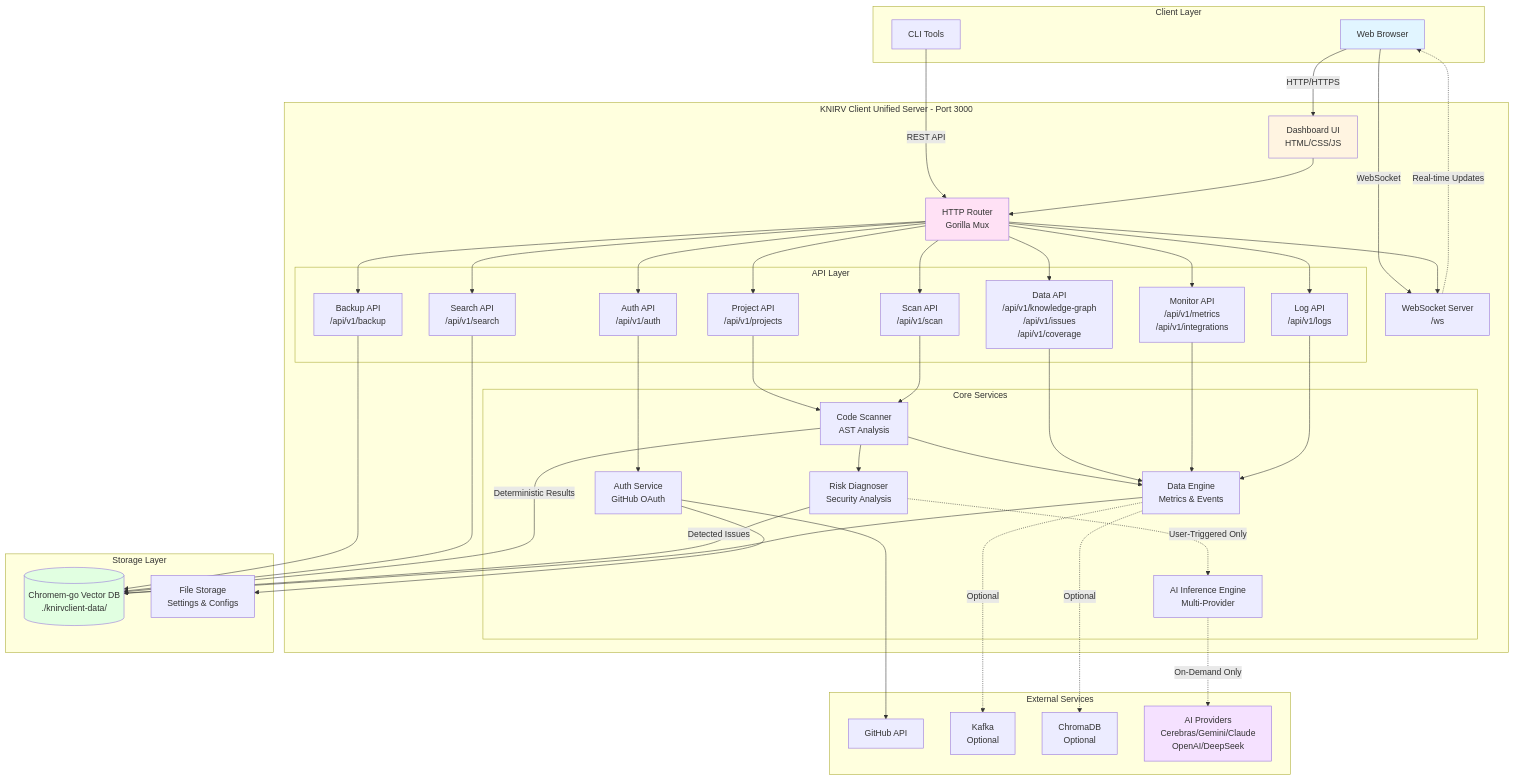
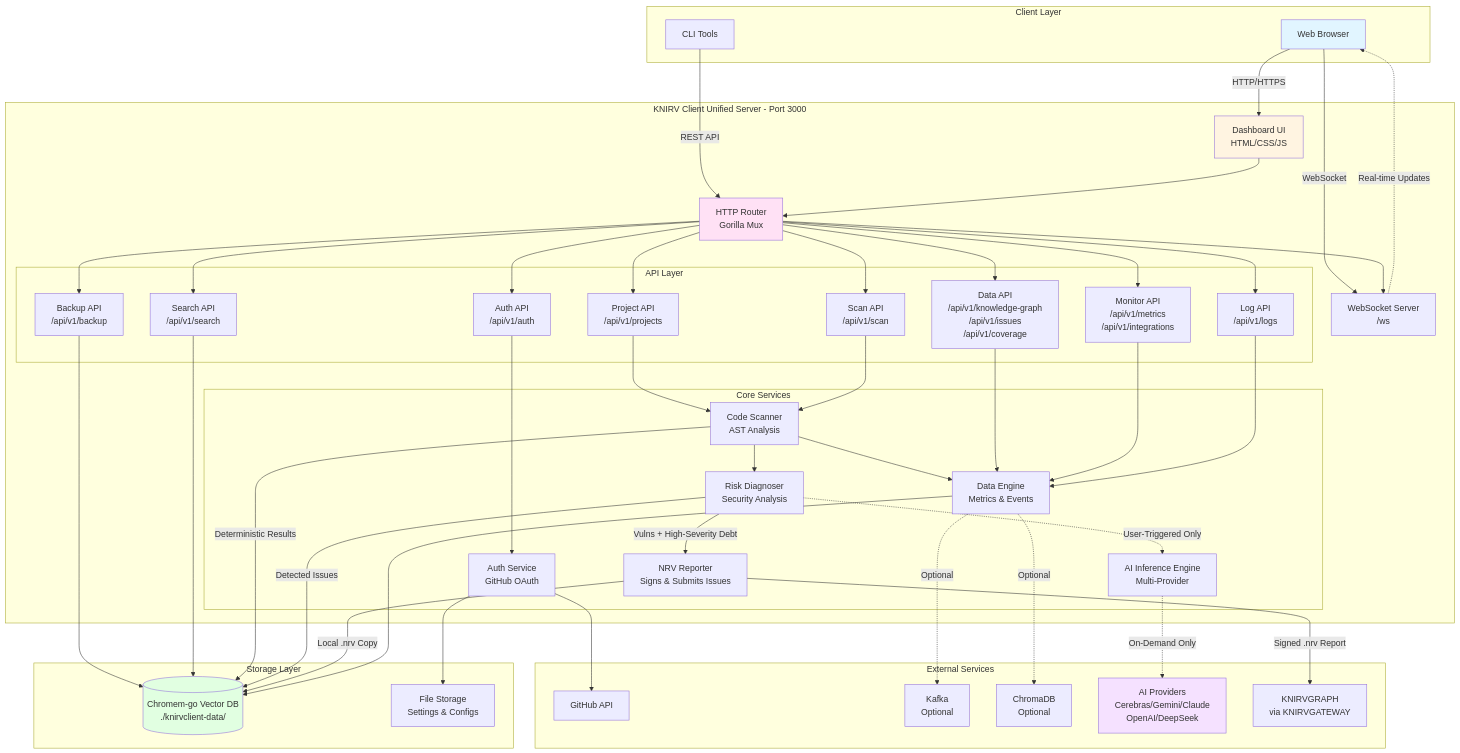
Before and after one commit to guiperry/KNIRV_NETWORK: the second of 2 diagrams in packages/KNIRVCLIENT/README.md, drawn with Mermaid. The commit also changed other lines of this file and 28 other files, not shown here.

```diff
--- a/packages/KNIRVCLIENT/README.md
+++ b/packages/KNIRVCLIENT/README.md
@@ -114,6 +147,7 @@
         subgraph "Core Services"
             Scanner[Code Scanner<br/>AST Analysis]
             RiskDiag[Risk Diagnoser<br/>Security Analysis]
+            NRVReporter[NRV Reporter<br/>Signs & Submits Issues]
             AIEngine[AI Inference Engine<br/>Multi-Provider]
             DataEngine[Data Engine<br/>Metrics & Events]
             AuthSvc[Auth Service<br/>GitHub OAuth]
@@ -130,6 +164,7 @@
         Kafka[Kafka<br/>Optional]
         ChromaDB[ChromaDB<br/>Optional]
         AIProviders[AI Providers<br/>Cerebras/Gemini/Claude<br/>OpenAI/DeepSeek]
+        KNIRVGraph[KNIRVGRAPH<br/>via KNIRVGATEWAY]
     end
     
     Browser -->|HTTP/HTTPS| Dashboard
@@ -152,6 +187,7 @@
     Scanner --> RiskDiag
     Scanner --> DataEngine
     RiskDiag -.->|User-Triggered Only| AIEngine
+    RiskDiag -->|Vulns + High-Severity Debt| NRVReporter
     DataAPI --> DataEngine
     AuthAPI --> AuthSvc
     MonitorAPI --> DataEngine
@@ -161,6 +197,7 @@
     
     Scanner -->|Deterministic Results| ChromemDB
     RiskDiag -->|Detected Issues| ChromemDB
+    NRVReporter -->|Local .nrv Copy| ChromemDB
     DataEngine --> ChromemDB
     AuthSvc --> FileStore
     
@@ -168,6 +205,7 @@
     DataEngine -.->|Optional| Kafka
     DataEngine -.->|Optional| ChromaDB
     AIEngine -.->|On-Demand Only| AIProviders
+    NRVReporter -->|"Signed .nrv Report"| KNIRVGraph
     
     WS -.->|Real-time Updates| Browser
     
```
